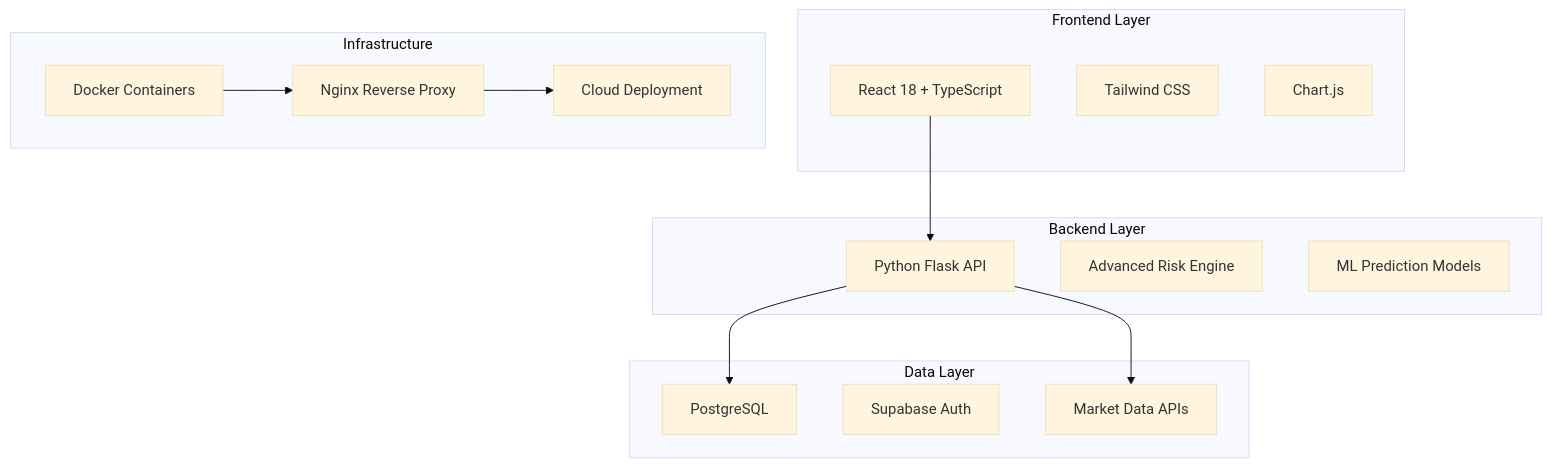
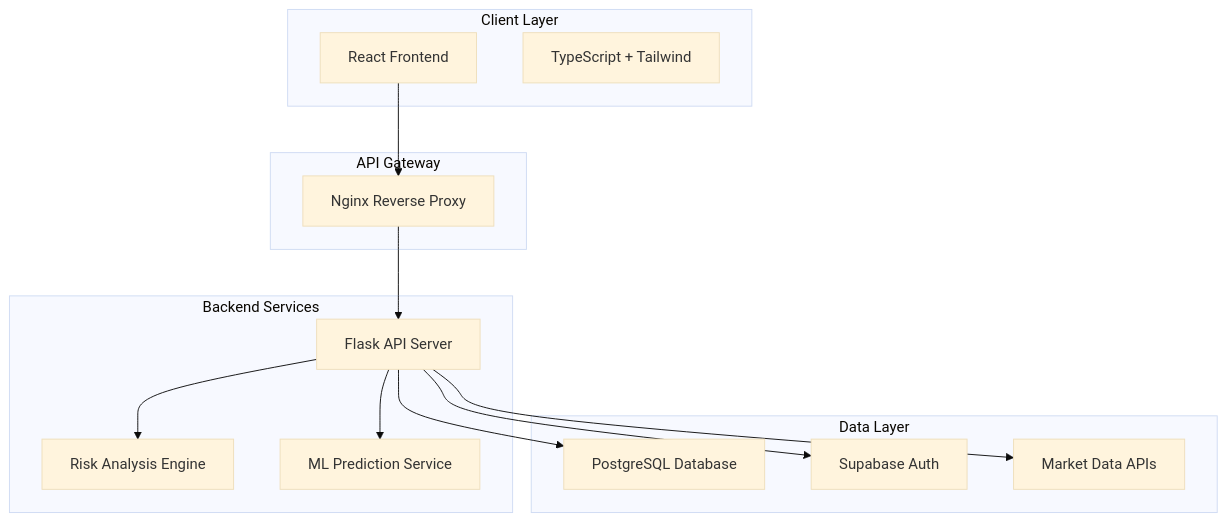
One commit to pratham-aggr/quantflow changed the diagram in README.md. Above: the diagram before and after it, drawn with Mermaid (base theme). The commit also changed other lines of this file, not shown here.

````diff
--- a/README.md
+++ b/README.md
@@ -38,32 +38,31 @@
 ```mermaid
 graph TB
-    subgraph "Frontend Layer"
-        A[React 18 + TypeScript]
-        B[Tailwind CSS]
-        C[Chart.js]
+    subgraph "Client Layer"
+        A[React Frontend]
+        B[TypeScript + Tailwind]
     end
     
-    subgraph "Backend Layer"
-        D[Python Flask API]
-        E[Advanced Risk Engine]
-        F[ML Prediction Models]
+    subgraph "API Gateway"
+        C[Nginx Reverse Proxy]
+    end
+    
+    subgraph "Backend Services"
+        D[Flask API Server]
+        E[Risk Analysis Engine]
+        F[ML Prediction Service]
     end
     
     subgraph "Data Layer"
-        G[PostgreSQL]
+        G[PostgreSQL Database]
         H[Supabase Auth]
         I[Market Data APIs]
     end
     
-    subgraph "Infrastructure"
-        J[Docker Containers]
-        K[Nginx Reverse Proxy]
-        L[Cloud Deployment]
-    end
-    
-    A --> D
+    A --> C
+    C --> D
+    D --> E
+    D --> F
     D --> G
+    D --> H
     D --> I
-    J --> K
-    K --> L
 ```
````
